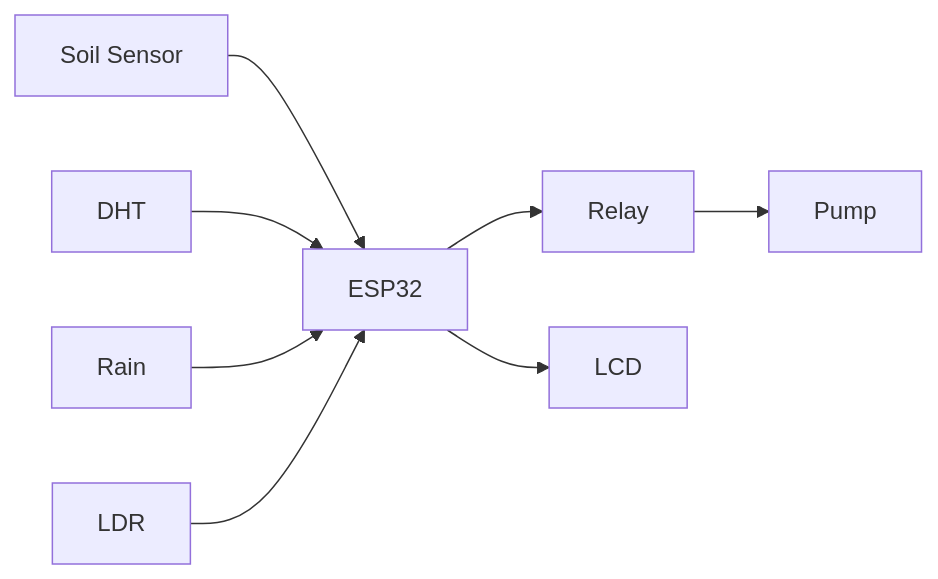
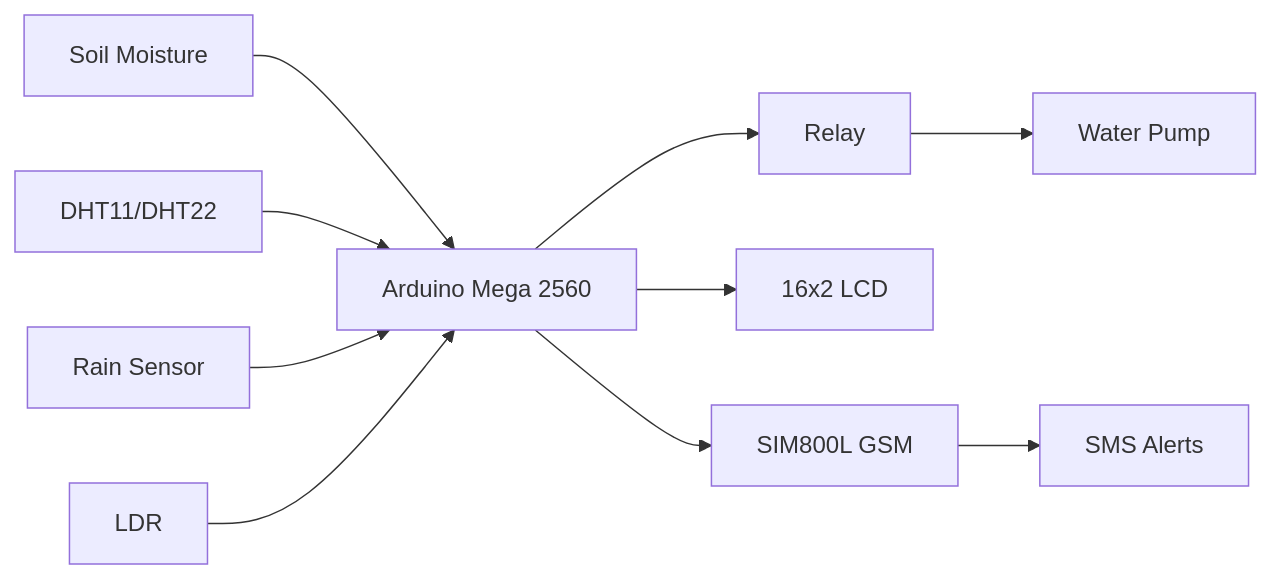
Before and after one commit to bagresearch/SAKSHAM: the first of 2 diagrams in README.md, drawn with Mermaid. The commit also changed other lines of this file, not shown here.

````diff
--- a/README.md
+++ b/README.md
@@ -49,10 +28,12 @@
-``` mermaid
+```mermaid
 graph LR
-A[Soil Sensor]-->E[ESP32]
-B[DHT]-->E
-C[Rain]-->E
+A[Soil Moisture]-->E[Arduino Mega 2560]
+B[DHT11/DHT22]-->E
+C[Rain Sensor]-->E
 D[LDR]-->E
 E-->F[Relay]
-F-->G[Pump]
-E-->H[LCD]
+F-->G[Water Pump]
+E-->H[16x2 LCD]
+E-->I[SIM800L GSM]
+I-->J[SMS Alerts]
 ```
````
